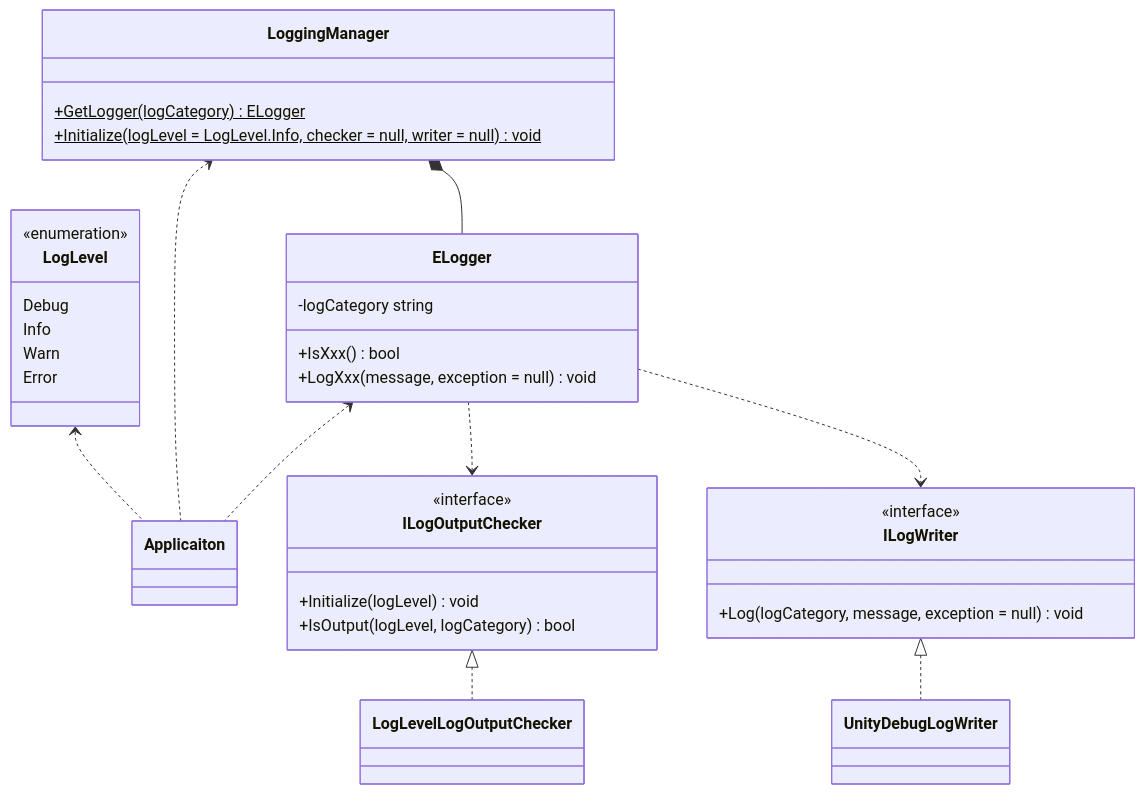
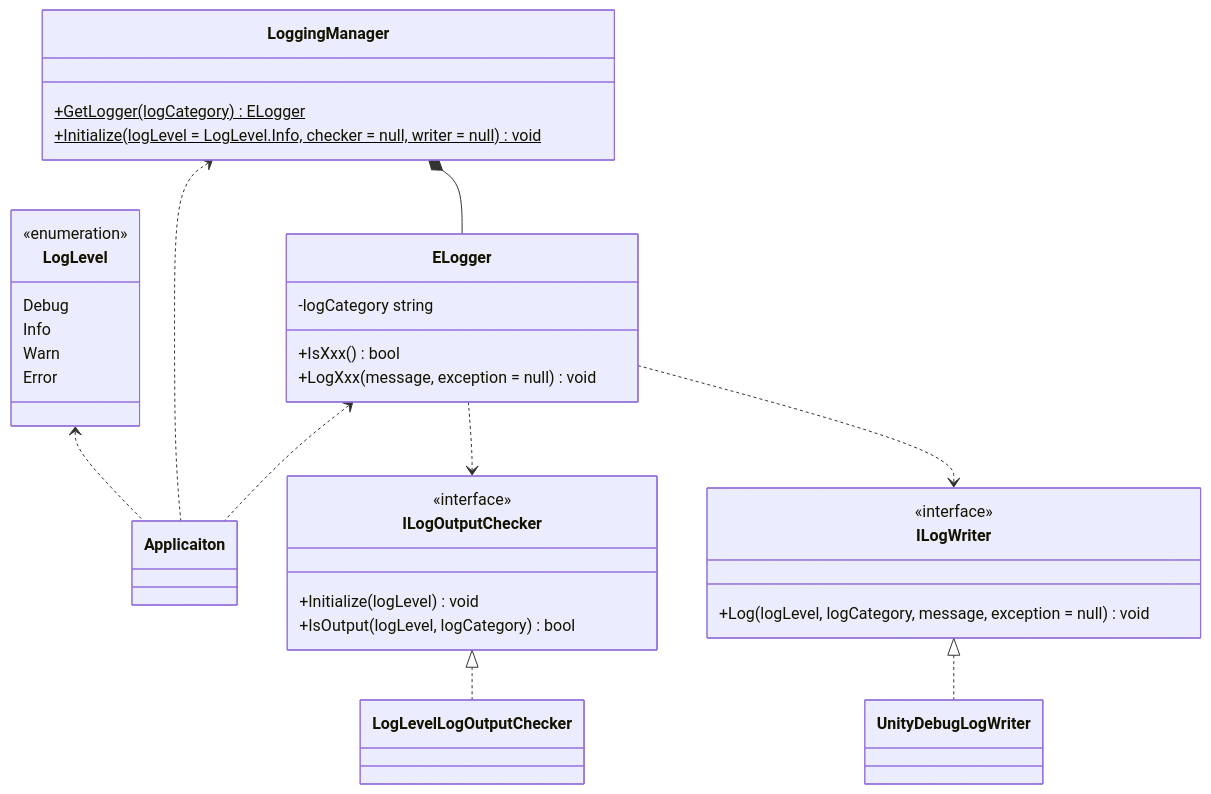
The first of 2 diagrams in docs/core/logging.md (extreal-dev/Extreal.Guide), drawn with Mermaid before and after one commit.

Commit message:
Loggingのガイドとソースの整合性を見直し

````diff
--- a/docs/core/logging.md
+++ b/docs/core/logging.md
@@ -57,51 +57,51 @@
 ```mermaid
 classDiagram
 
     LogLevel <.. Applicaiton
     LoggingManager <.. Applicaiton
     ELogger <.. Applicaiton
     LoggingManager *-- ELogger
     ELogger ..> ILogOutputChecker
     ELogger ..> ILogWriter
     ILogOutputChecker <|.. LogLevelLogOutputChecker
     ILogWriter <|.. UnityDebugLogWriter
 
     class Applicaiton {
     }
 
     class LogLevel {
         <<enumeration>>
         Debug
         Info
         Warn
         Error
     }
 
     class ELogger {
         -logCategory string
         +IsXxx() bool
         +LogXxx(message, exception = null) void
     }
 
     class LoggingManager {
         +GetLogger(logCategory)$ ELogger
         +Initialize(logLevel = LogLevel.Info, checker = null, writer = null)$ void
     }
 
     class ILogOutputChecker {
         <<interface>>
         +Initialize(logLevel) void
         +IsOutput(logLevel, logCategory) bool
     }
 
     class ILogWriter {
         <<interface>>
-        +Log(logCategory, message, exception = null) void
+        +Log(logLevel, logCategory, message, exception = null) void
     }
 
     class LogLevelLogOutputChecker {
     }
 
     class UnityDebugLogWriter {
     }
 ```
````
